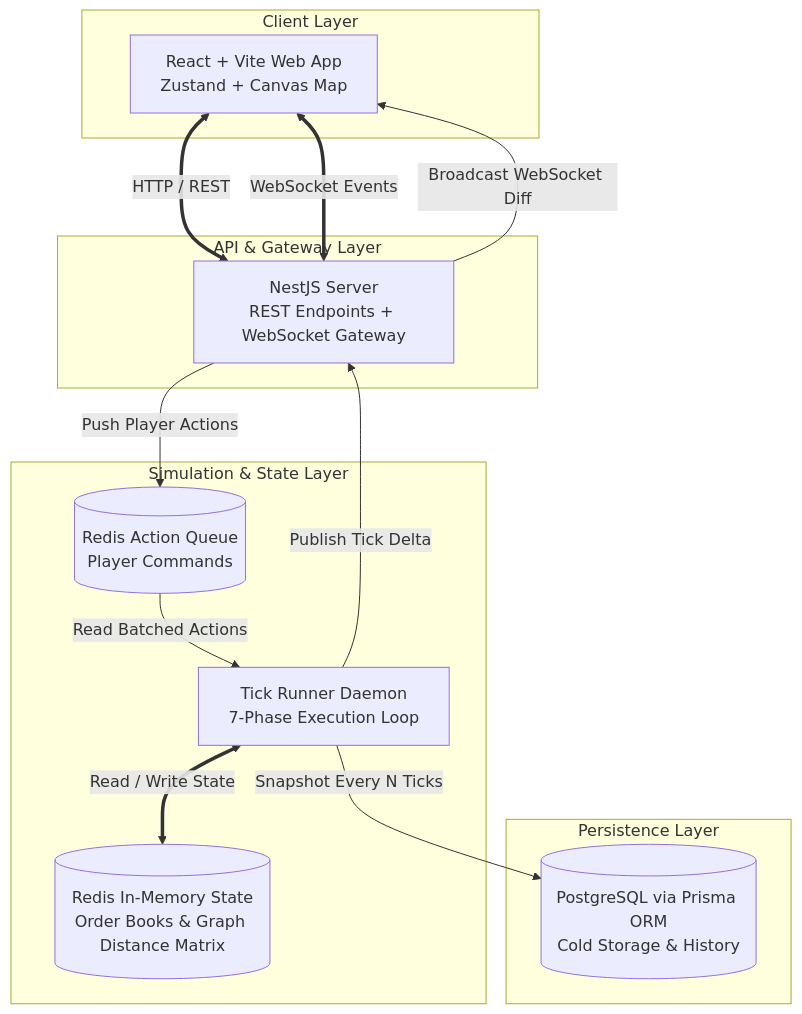
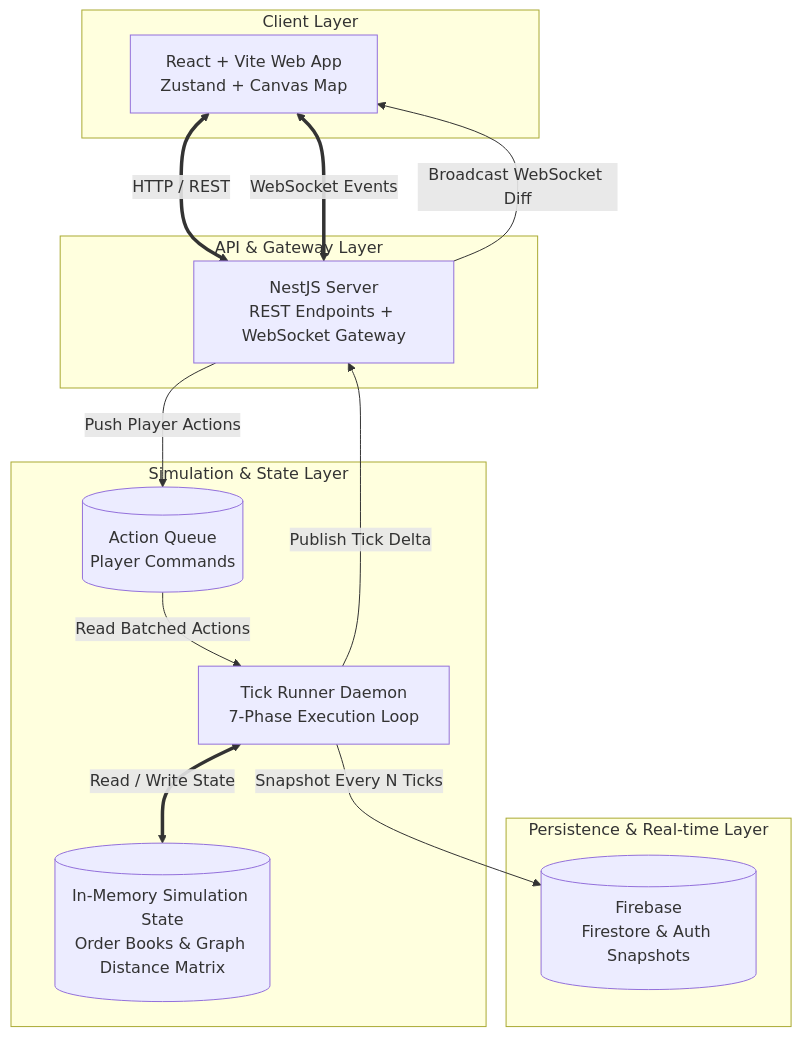
The diagram in docs/technical-architecture/system-design-overview.md (dmitrij-borchuk/economicSim), drawn with Mermaid before and after one commit. The commit also changed other lines of this file and 6 other files, not shown here.

````diff
--- a/docs/technical-architecture/system-design-overview.md
+++ b/docs/technical-architecture/system-design-overview.md
@@ -28,29 +27,29 @@
 ```mermaid
 graph TD
     subgraph Client Layer
         WebClient[React + Vite Web App<br>Zustand + Canvas Map]
     end
 
     subgraph API & Gateway Layer
         Server[NestJS Server<br>REST Endpoints + WebSocket Gateway]
     end
 
     subgraph Simulation & State Layer
-        ActionQueue[(Redis Action Queue<br>Player Commands)]
+        ActionQueue[(Action Queue<br>Player Commands)]
         TickRunner[Tick Runner Daemon<br>7-Phase Execution Loop]
-        RedisState[(Redis In-Memory State<br>Order Books & Graph Distance Matrix)]
+        SimState[(In-Memory Simulation State<br>Order Books & Graph Distance Matrix)]
     end
 
-    subgraph Persistence Layer
-        Postgres[(PostgreSQL via Prisma ORM<br>Cold Storage & History)]
+    subgraph Persistence & Real-time Layer
+        Firebase[(Firebase<br>Firestore & Auth Snapshots)]
     end
 
     WebClient <== HTTP / REST ==> Server
     WebClient <== WebSocket Events ==> Server
     Server -->|Push Player Actions| ActionQueue
     ActionQueue -->|Read Batched Actions| TickRunner
-    TickRunner <== Read / Write State ==> RedisState
-    TickRunner -->|Snapshot Every N Ticks| Postgres
+    TickRunner <== Read / Write State ==> SimState
+    TickRunner -->|Snapshot Every N Ticks| Firebase
     TickRunner -->|Publish Tick Delta| Server
     Server -->|Broadcast WebSocket Diff| WebClient
 ```
````
